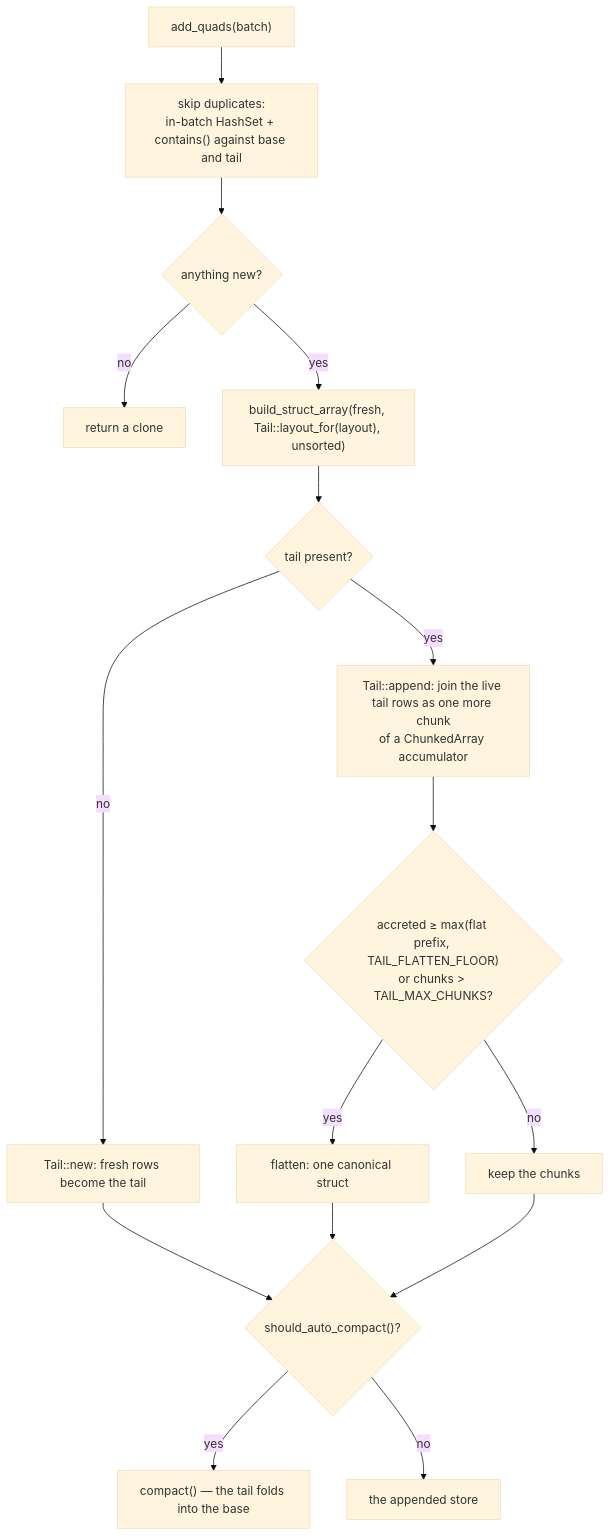
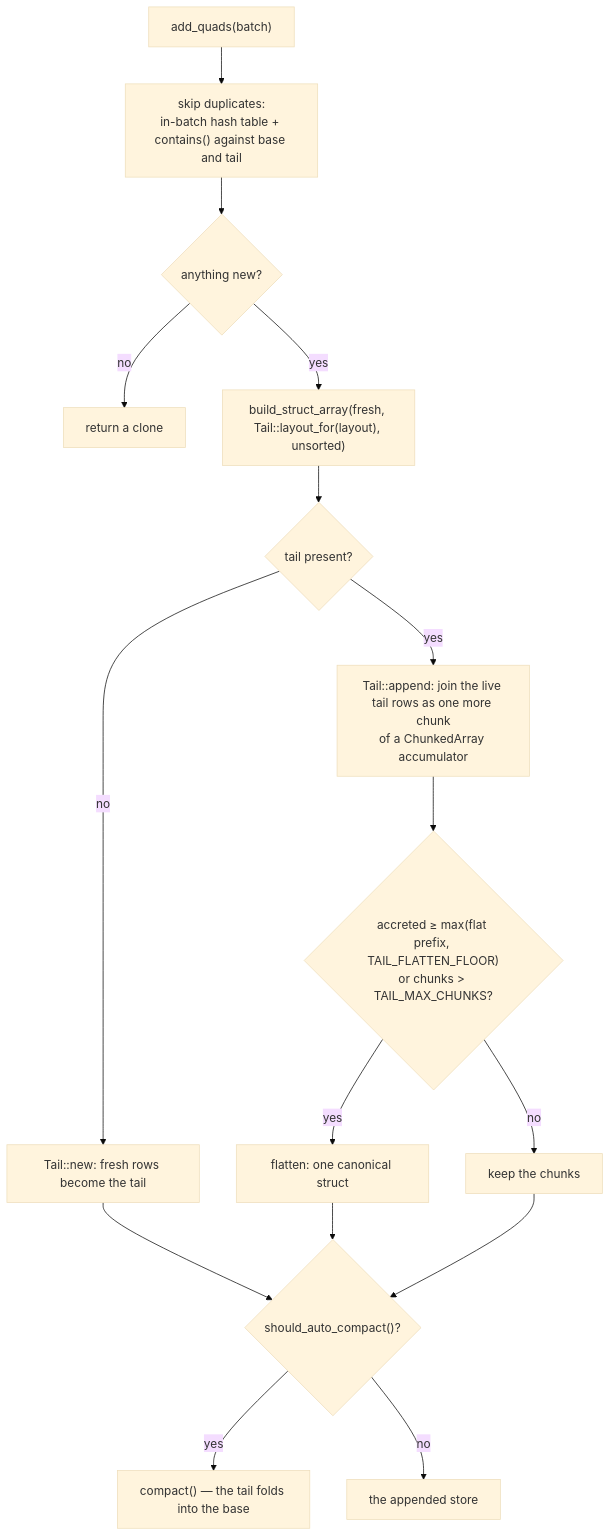
Before and after one commit to vortex-rdf/vortex-rdf: the second of 4 diagrams in docs/mutations.md, drawn with Mermaid (base theme). The commit also changed other lines of this file and 10 other files, not shown here.

````diff
--- a/docs/mutations.md
+++ b/docs/mutations.md
@@ -55,18 +55,18 @@
 ```mermaid
 flowchart TD
-    A["add_quads(batch)"] --> P["skip duplicates:<br/>in-batch HashSet + contains() against base and tail"]
+    A["add_quads(batch)"] --> P["skip duplicates:<br/>in-batch hash table + contains() against base and tail"]
     P --> E{"anything new?"}
     E -- "no" --> S["return a clone"]
     E -- "yes" --> F["build_struct_array(fresh, Tail::layout_for(layout), unsorted)"]
     F --> C{"tail present?"}
     C -- "no" --> N["Tail::new: fresh rows become the tail"]
     C -- "yes" --> K["Tail::append: join the live tail rows as one more chunk<br/>of a ChunkedArray accumulator"]
     K --> G{"accreted ≥ max(flat prefix, TAIL_FLATTEN_FLOOR)<br/>or chunks > TAIL_MAX_CHUNKS?"}
     G -- "yes" --> H["flatten: one canonical struct"]
     G -- "no" --> M["keep the chunks"]
     N --> Z{"should_auto_compact()?"}
     H --> Z
     M --> Z
     Z -- "yes" --> X["compact() — the tail folds into the base"]
     Z -- "no" --> Y["the appended store"]
 ```
````
